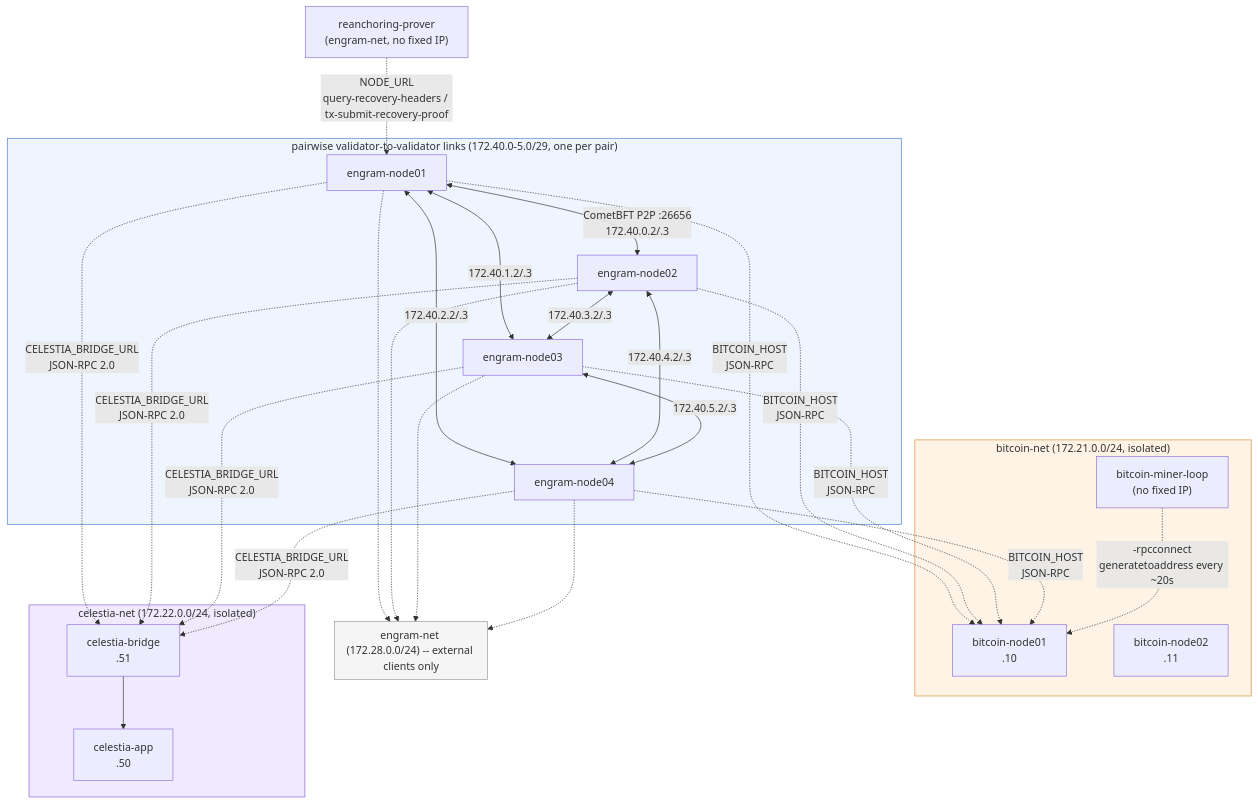
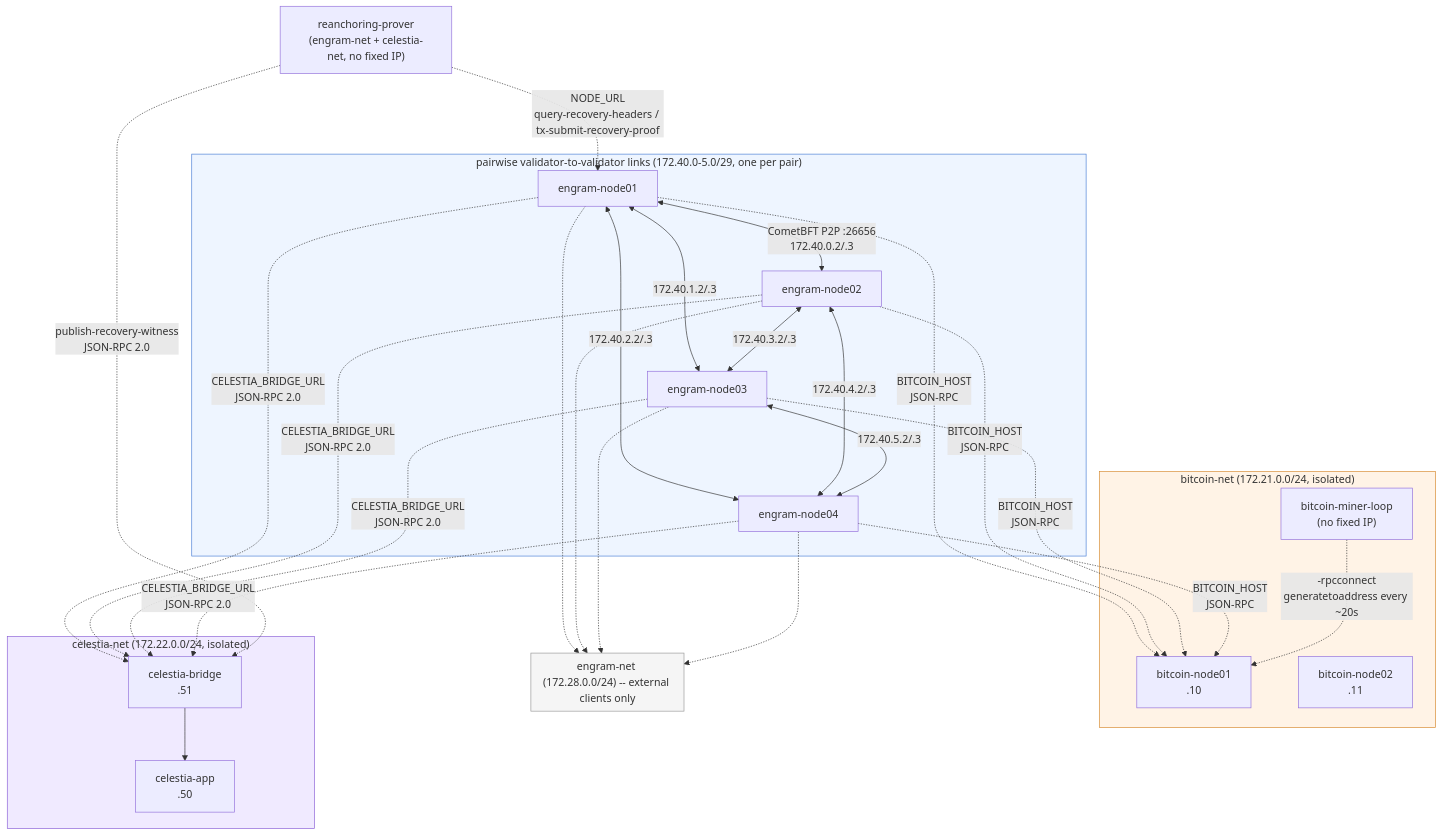
One commit to cuongct924/engram-sovereign-fsm changed the first of 3 diagrams in docs/ARCHITECTURE.md. Above: the diagram before and after it, drawn with Mermaid. The commit also changed other lines of this file and 8 other files, not shown here.

````diff
--- a/docs/ARCHITECTURE.md
+++ b/docs/ARCHITECTURE.md
@@ -10,38 +10,39 @@
 ```mermaid
 flowchart TB
     subgraph plinks["pairwise validator-to-validator links (172.40.0-5.0/29, one per pair)"]
         N1["engram-node01"]
         N2["engram-node02"]
         N3["engram-node03"]
         N4["engram-node04"]
         N1 <-->|"CometBFT P2P :26656<br/>172.40.0.2/.3"| N2
         N1 <-->|172.40.1.2/.3| N3
         N1 <-->|172.40.2.2/.3| N4
         N2 <-->|172.40.3.2/.3| N3
         N2 <-->|172.40.4.2/.3| N4
         N3 <-->|172.40.5.2/.3| N4
     end
     subgraph engramnet["engram-net (172.28.0.0/24) -- external clients only"]
     end
     subgraph bitcoinnet["bitcoin-net (172.21.0.0/24, isolated)"]
         BTC1["bitcoin-node01<br/>.10"]
         BTC2["bitcoin-node02<br/>.11"]
         Miner["bitcoin-miner-loop<br/>(no fixed IP)"]
     end
     subgraph celestianet["celestia-net (172.22.0.0/24, isolated)"]
         CApp["celestia-app<br/>.50"]
         CBridge["celestia-bridge<br/>.51"]
     end
-    Prover["reanchoring-prover<br/>(engram-net, no fixed IP)"]
+    Prover["reanchoring-prover<br/>(engram-net + celestia-net, no fixed IP)"]
     N1 & N2 & N3 & N4 -.->|BITCOIN_HOST<br/>JSON-RPC| BTC1
     N1 & N2 & N3 & N4 -.->|CELESTIA_BRIDGE_URL<br/>JSON-RPC 2.0| CBridge
     N1 & N2 & N3 & N4 -.-> engramnet
     CBridge --> CApp
     Miner -.->|"-rpcconnect<br/>generatetoaddress every ~20s"| BTC1
     Prover -.->|"NODE_URL<br/>query-recovery-headers / tx-submit-recovery-proof"| N1
+    Prover -.->|"publish-recovery-witness<br/>JSON-RPC 2.0"| CBridge
 
     style plinks fill:#eef5ff,stroke:#4a7fd6
     style engramnet fill:#f5f5f5,stroke:#999
     style bitcoinnet fill:#fff3e6,stroke:#d68a30
     style celestianet fill:#f0eaff,stroke:#8a5fd6
 ```
````
